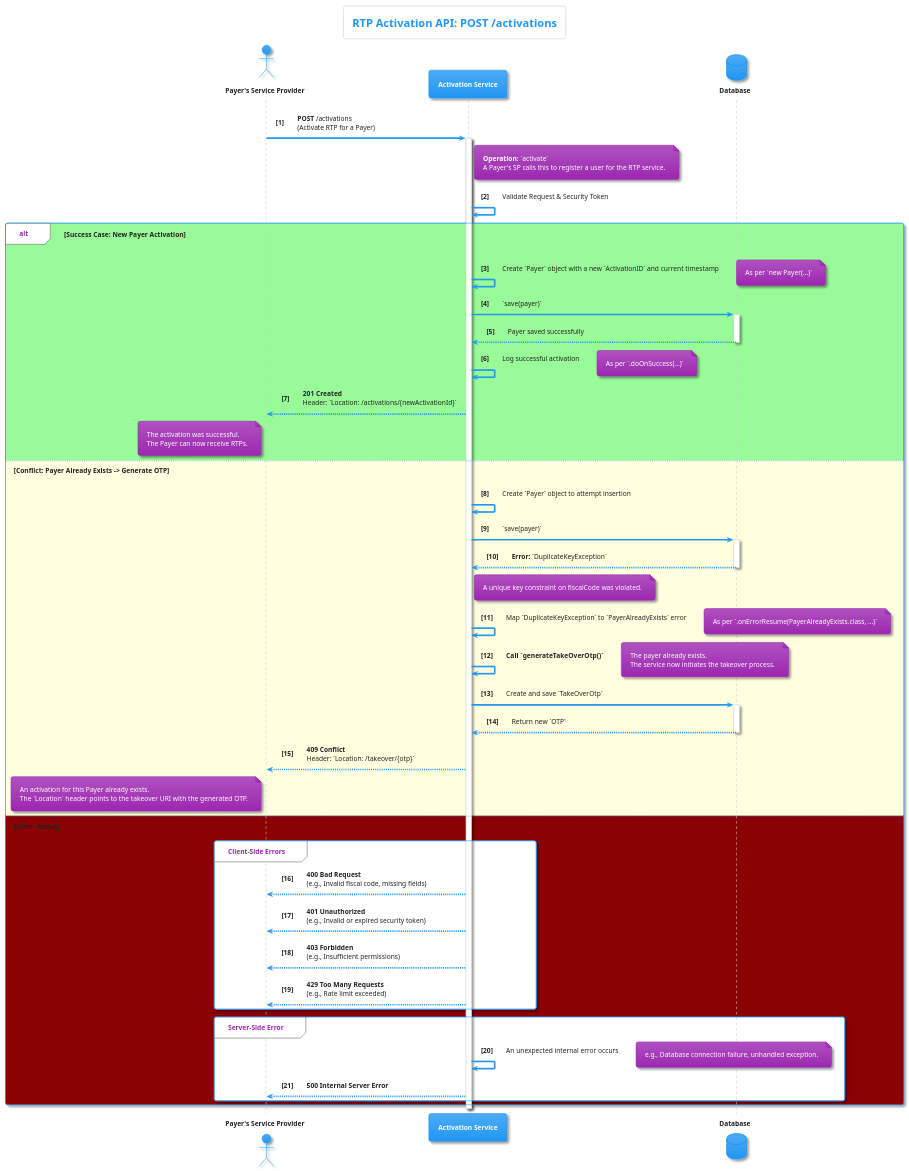
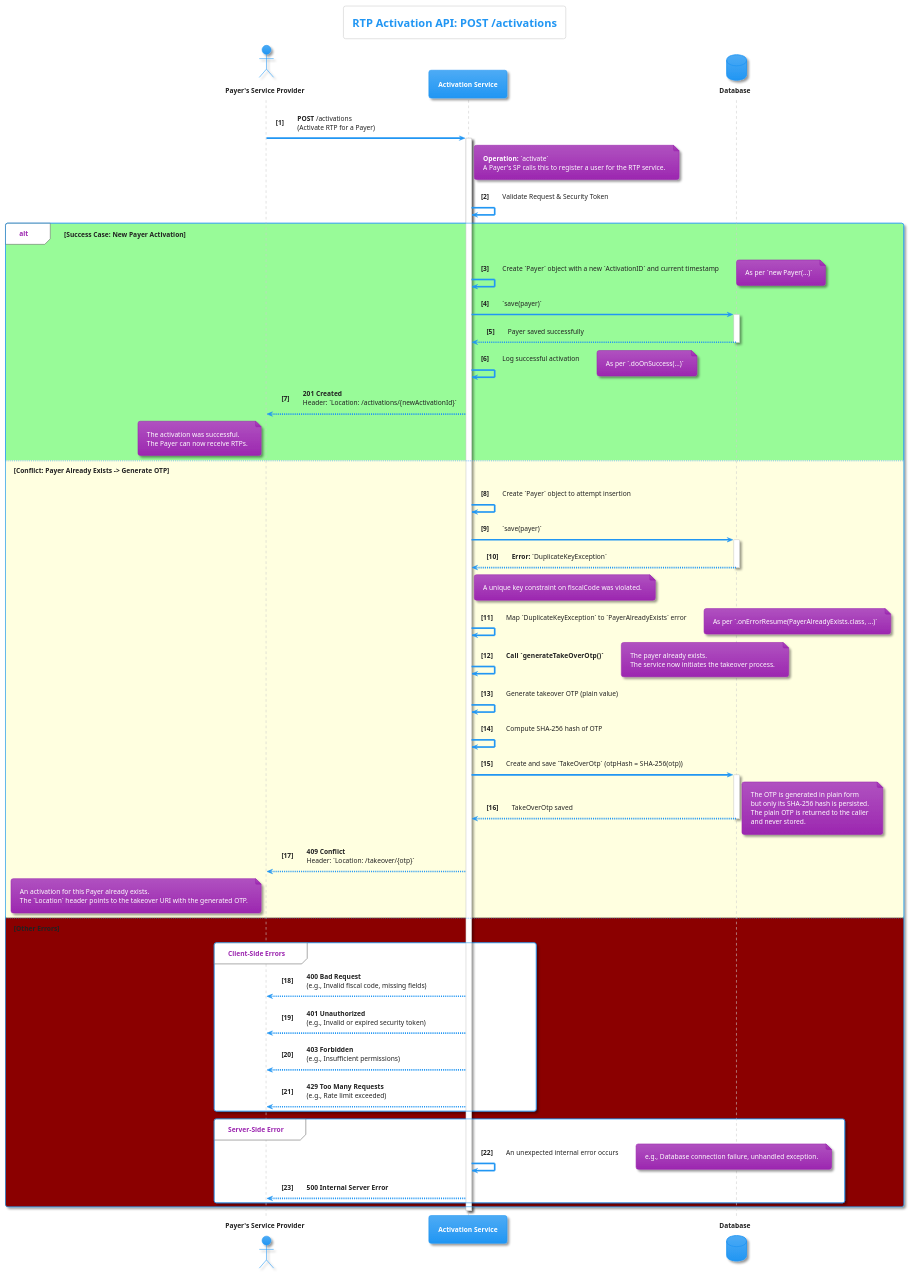
One commit to pagopa/rtp-docs changed the diagram in diagrams/activation.puml. Above: the diagram before and after it, drawn with PlantUML. The commit also changed 3 other files, not shown here.

First line of the commit message:
fix: SRTP-1245-update-takeover-diagram (#33)

```diff
--- a/diagrams/activation.puml
+++ b/diagrams/activation.puml
@@ -1,95 +1,105 @@
 @startuml
 ' PlantUML Diagram for RTP Activation API
 ' Title: Unified RTP Activation Sequence Diagram with OTP Takeover
 ' Version: 2.1.0
 ' Description: This diagram shows the detailed process for activating a Payer.
 '              If the Payer already exists, a takeover OTP is generated.
 
 !theme materia
 
 title RTP Activation API: POST /activations
 
 actor "**Payer's Service Provider**" as PSP
 participant "**Activation Service**" as AS
 database "**Database**" as DB
 
 autonumber "<b>[0]"
 
 PSP -> AS: **POST** /activations\n(Activate RTP for a Payer)
 activate AS
 
 note right of AS
   **Operation:** `activate`
   A Payer's SP calls this to register a user for the RTP service.
 end note
 
 AS -> AS: Validate Request & Security Token
 
 alt #palegreen **Success Case: New Payer Activation**
 
     AS -> AS: Create `Payer` object with a new `ActivationID` and current timestamp
     note right: As per `new Payer(...)`
 
     AS -> DB: `save(payer)`
     activate DB
     DB --> AS: Payer saved successfully
     deactivate DB
 
     AS -> AS: Log successful activation
     note right: As per `.doOnSuccess(...)`
 
     AS --> PSP: **201 Created**\nHeader: `Location: /activations/{newActivationId}`
     note left of PSP
         The activation was successful.
         The Payer can now receive RTPs.
     end note
 
 else #lightyellow **Conflict: Payer Already Exists -> Generate OTP**
 
     AS -> AS: Create `Payer` object to attempt insertion
 
     AS -> DB: `save(payer)`
     activate DB
     DB --> AS: **Error:** `DuplicateKeyException`
     deactivate DB
     note right of AS: A unique key constraint on fiscalCode was violated.
 
     AS -> AS: Map `DuplicateKeyException` to `PayerAlreadyExists` error
     note right: As per `.onErrorResume(PayerAlreadyExists.class, ...)`
 
     AS -> AS: **Call `generateTakeOverOtp()`**
     note right
         The payer already exists.
         The service now initiates the takeover process.
     end note
 
-    AS -> DB: Create and save `TakeOverOtp`
+    AS -> AS: Generate takeover OTP (plain value)
+    AS -> AS: Compute SHA-256 hash of OTP
+
+    AS -> DB: Create and save `TakeOverOtp` (otpHash = SHA-256(otp))
     activate DB
-    DB --> AS: Return new `OTP`
+    DB --> AS: TakeOverOtp saved
     deactivate DB
+
+    note right
+      The OTP is generated in plain form
+      but only its SHA-256 hash is persisted.
+      The plain OTP is returned to the caller
+      and never stored.
+    end note
 
     AS --> PSP: **409 Conflict**\nHeader: `Location: /takeover/{otp}`
     note left of PSP
         An activation for this Payer already exists.
         The `Location` header points to the takeover URI with the generated OTP.
     end note
 
 else #darkred **Other Errors**
 
     group Client-Side Errors
         AS --> PSP: **400 Bad Request**\n(e.g., Invalid fiscal code, missing fields)
         AS --> PSP: **401 Unauthorized**\n(e.g., Invalid or expired security token)
         AS --> PSP: **403 Forbidden**\n(e.g., Insufficient permissions)
         AS --> PSP: **429 Too Many Requests**\n(e.g., Rate limit exceeded)
     end group
 
     group Server-Side Error
         AS -> AS: An unexpected internal error occurs
         note right: e.g., Database connection failure, unhandled exception.
         AS --> PSP: **500 Internal Server Error**
     end group
 
 end
 
 deactivate AS
 @enduml
```
